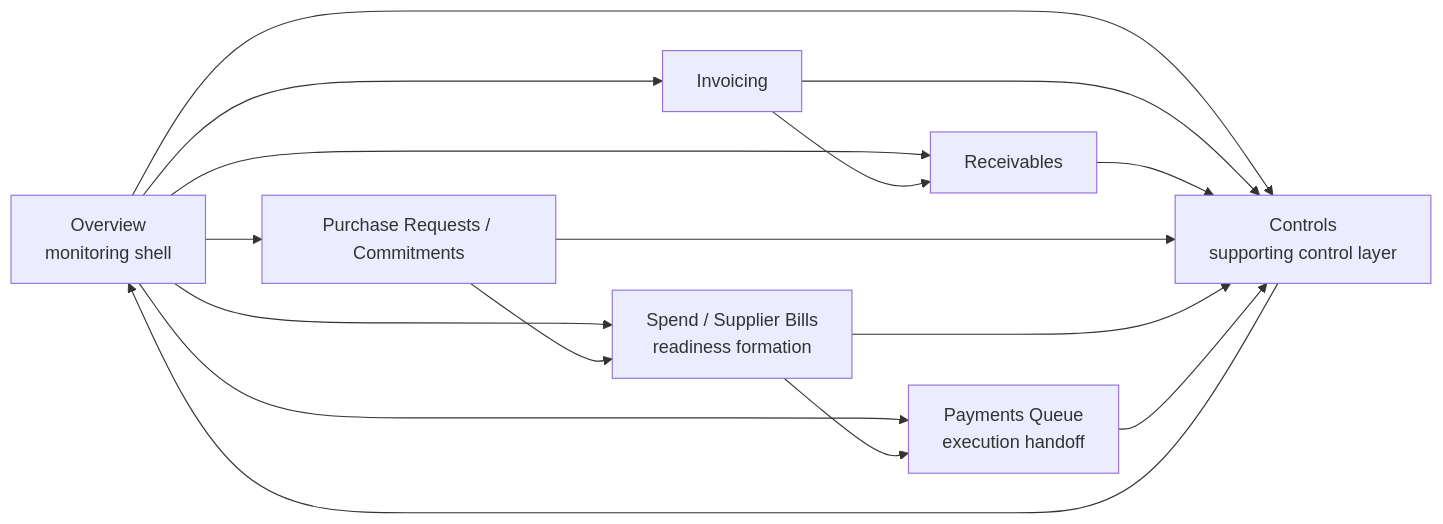
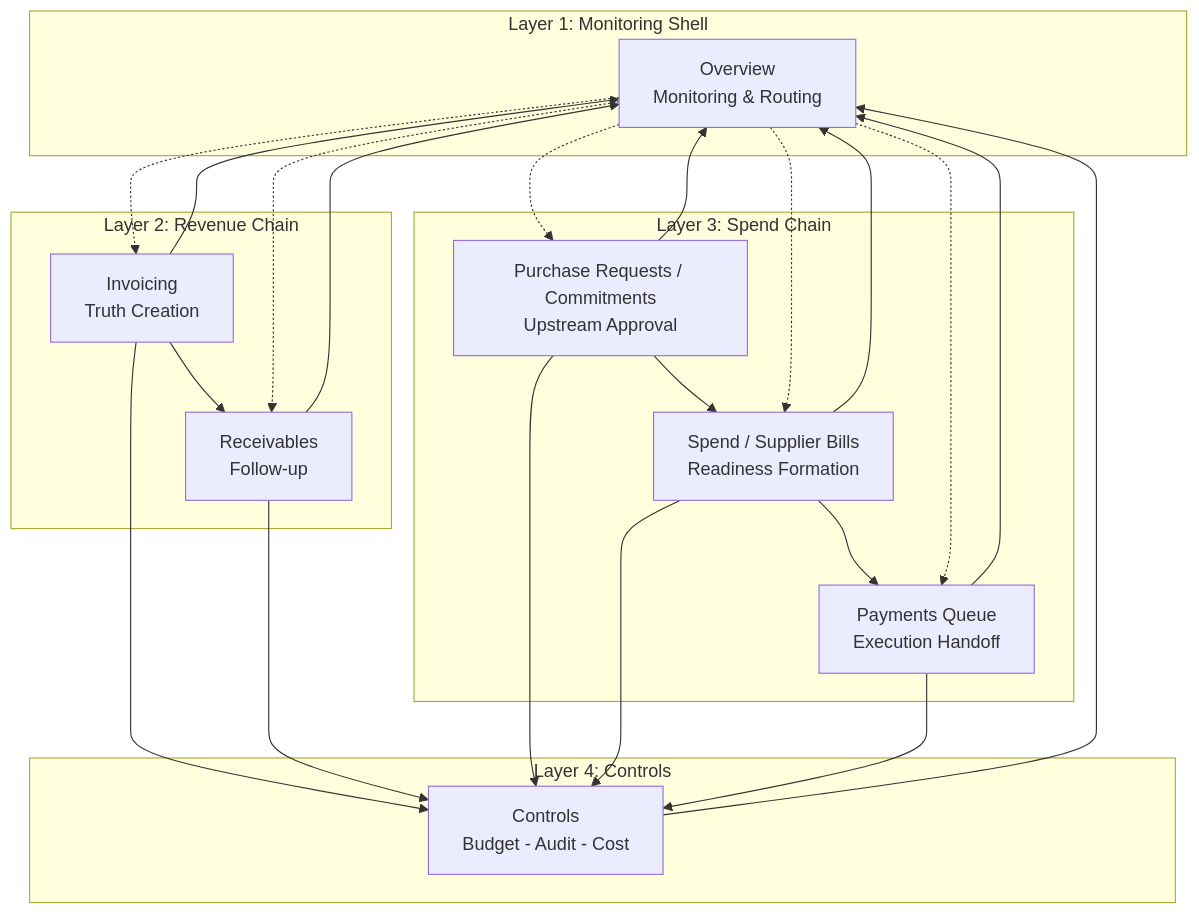
The first of 4 diagrams in docs/01-finance-module-map.md (Leia-Enterprise-Solutions/Leia-Finance), drawn with Mermaid before and after one commit. The commit also changed other lines of this file and 15 other files, not shown here.

````diff
--- a/docs/01-finance-module-map.md
+++ b/docs/01-finance-module-map.md
@@ -54,30 +70,24 @@
 ```mermaid
-flowchart LR
-    O[Overview<br/>monitoring shell]
+flowchart TB
+    subgraph L1[Layer 1: Monitoring Shell]
+        O[Overview<br/>Monitoring & Routing]
+    end
 
-    I[Invoicing]
-    R[Receivables]
-    PRC[Purchase Requests / Commitments]
-    SSB[Spend / Supplier Bills<br/>readiness formation]
-    PQ[Payments Queue<br/>execution handoff]
-    C[Controls<br/>supporting control layer]
+    subgraph L2[Layer 2: Revenue Chain]
+        I[Invoicing<br/>Truth Creation] --> R[Receivables<br/>Follow-up]
+    end
 
-    O --> I
-    O --> R
-    O --> PRC
-    O --> SSB
-    O --> PQ
-    O --> C
+    subgraph L3[Layer 3: Spend Chain]
+        PRC[Purchase Requests / Commitments<br/>Upstream Approval] --> SSB[Spend / Supplier Bills<br/>Readiness Formation]
+        SSB --> PQ[Payments Queue<br/>Execution Handoff]
+    end
 
-    I --> R
-    PRC --> SSB
-    SSB --> PQ
+    subgraph L4[Layer 4: Controls]
+        C[Controls<br/>Budget - Audit - Cost]
+    end
 
-    I --> C
-    R --> C
-    PRC --> C
-    SSB --> C
-    PQ --> C
-
-    C --> O
+    %% Dependencies
+    I & R & PRC & SSB & PQ --> C
+    C & I & R & PRC & SSB & PQ --> O
+    O -.-> I & R & PRC & SSB & PQ
 ```
````
